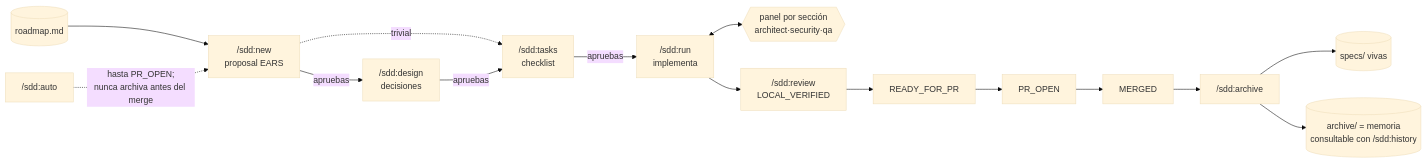
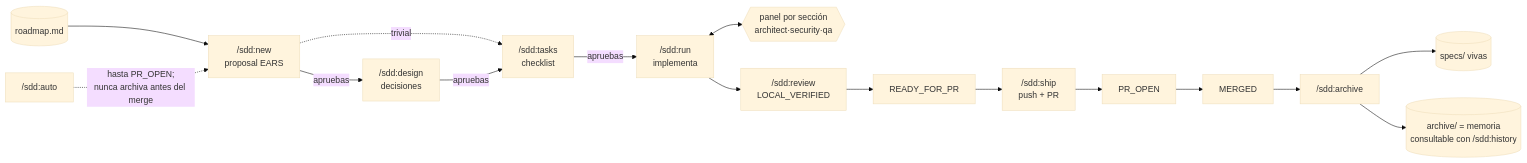
One commit to hardcode83/sdd-toolkit changed the diagram in README.md. Above: the diagram before and after it, drawn with Mermaid (base theme). The commit also changed other lines of this file and 7 other files, not shown here.

````diff
--- a/README.md
+++ b/README.md
@@ -7,17 +7,18 @@
 ```mermaid
 flowchart LR
     R[("roadmap.md")] --> N["/sdd:new<br/>proposal EARS"]
     N -->|apruebas| D["/sdd:design<br/>decisiones"]
     N -.->|trivial| T
     D -->|apruebas| T["/sdd:tasks<br/>checklist"]
     T -->|apruebas| RU["/sdd:run<br/>implementa"]
     RU <--> P{{"panel por sección<br/>architect·security·qa"}}
     RU --> V["/sdd:review<br/>LOCAL_VERIFIED"]
     V --> RP["READY_FOR_PR"]
-    RP --> PR["PR_OPEN"]
+    RP --> SH["/sdd:ship<br/>push + PR"]
+    SH --> PR["PR_OPEN"]
     PR --> M["MERGED"]
     M --> A["/sdd:archive"]
     A --> S[("specs/ vivas")]
     A --> H[("archive/ = memoria<br/>consultable con /sdd:history")]
     AUTO["/sdd:auto"] -. "hasta PR_OPEN;<br/>nunca archiva antes del merge" .-> N
 ```
````
